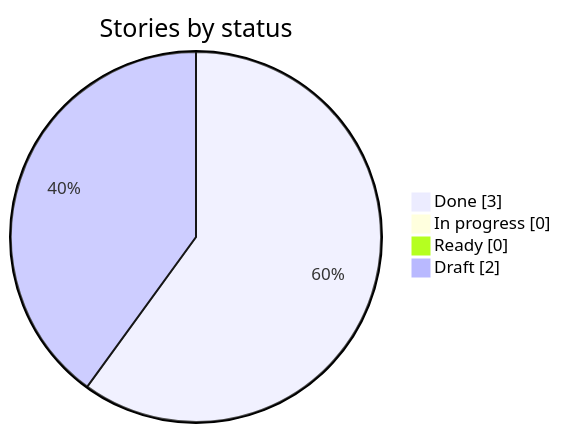
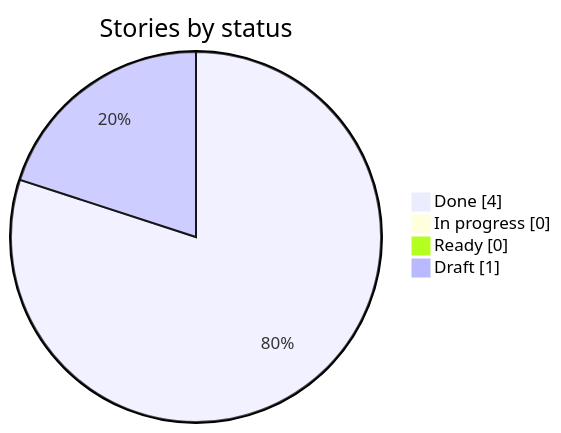
One commit to HebaGaber/roofing-crm changed the first of 2 diagrams in docs/progress.md. Above: the diagram before and after it, drawn with Mermaid. The commit also changed other lines of this file, not shown here.

````diff
--- a/docs/progress.md
+++ b/docs/progress.md
@@ -9,7 +9,7 @@
 ```mermaid
 pie showData title Stories by status
-  "Done" : 3
+  "Done" : 4
   "In progress" : 0
   "Ready" : 0
-  "Draft" : 2
+  "Draft" : 1
 ```
````
